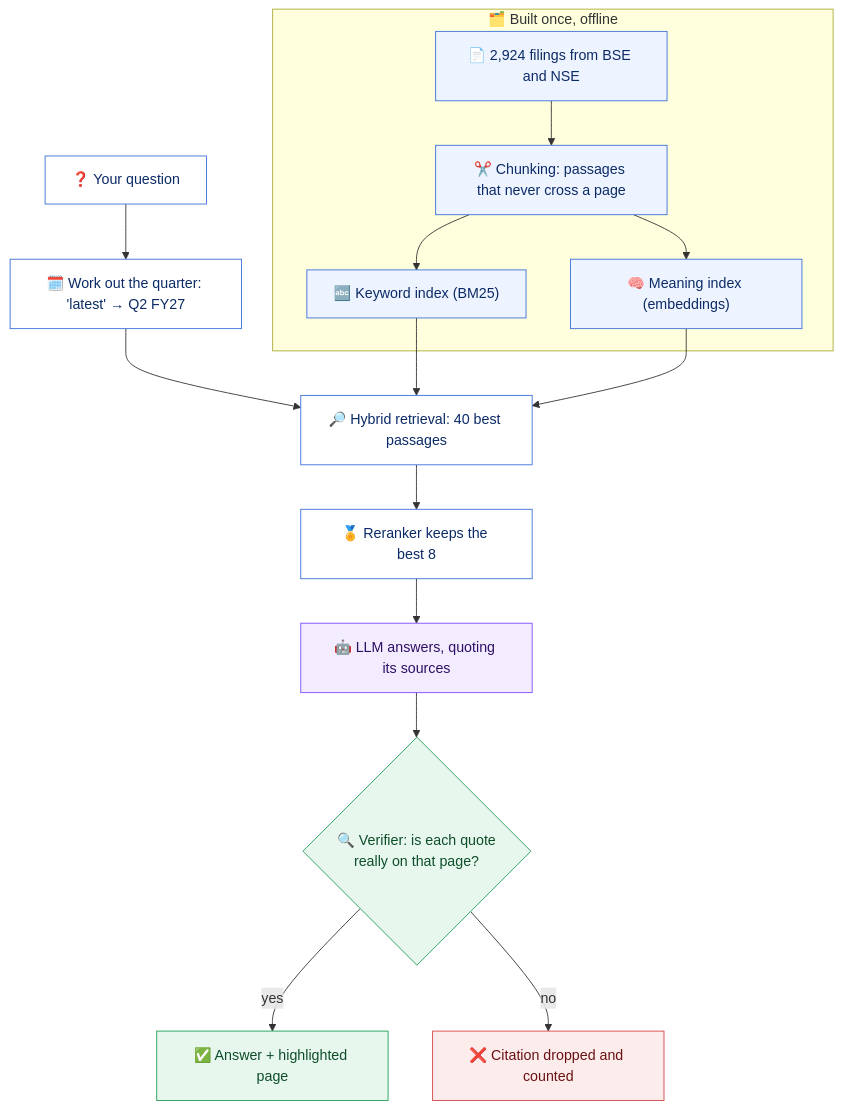
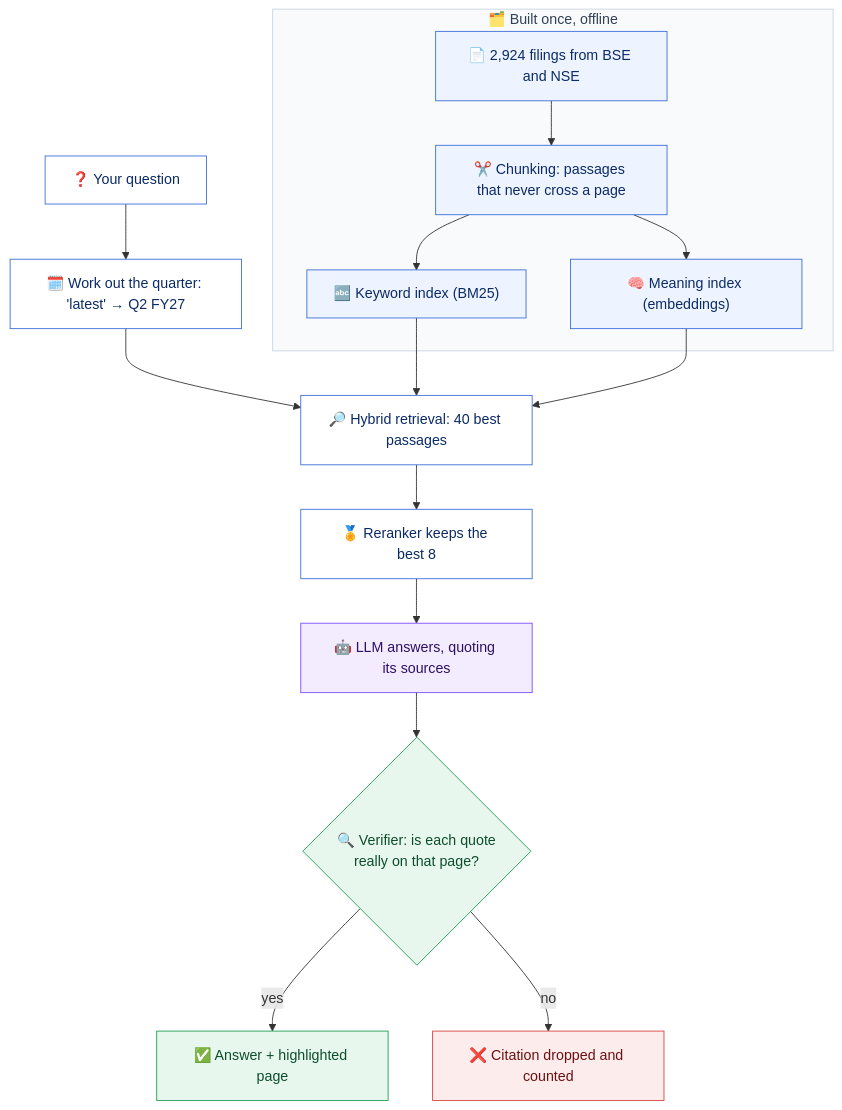
Before and after one commit to Palak8825/Filinglens: the diagram in README.md, drawn with Mermaid. The commit also changed other lines of this file and 2 other files, not shown here.

````diff
--- a/README.md
+++ b/README.md
@@ -59,28 +59,30 @@
 ```mermaid
 flowchart TD
   subgraph Offline["🗂️ Built once, offline"]
     A["📄 2,924 filings from BSE and NSE"] --> B["✂️ Chunking: passages that never cross a page"]
     B --> C["🔤 Keyword index (BM25)"]
     B --> D["🧠 Meaning index (embeddings)"]
   end
   Q["❓ Your question"] --> P["🗓️ Work out the quarter: 'latest' → Q2 FY27"]
   P --> R["🔎 Hybrid retrieval: 40 best passages"]
   C --> R
   D --> R
   R --> K["🏅 Reranker keeps the best 8"]
   K --> L["🤖 LLM answers, quoting its sources"]
   L --> V{"🔍 Verifier: is each quote<br/>really on that page?"}
   V -- yes --> OK["✅ Answer + highlighted page"]
   V -- no --> X["❌ Citation dropped and counted"]
 
+  style Offline fill:#f8fafc,stroke:#cbd5e1,color:#334155
+
   classDef data fill:#eef4ff,stroke:#3b6fd8,color:#0b2a66
   classDef step fill:#ffffff,stroke:#3b6fd8,color:#0b2a66
   classDef ai fill:#f3ecff,stroke:#7c4dff,color:#2d1065
   classDef good fill:#e8f7ee,stroke:#1f9d55,color:#0d4d2a
   classDef bad fill:#fdecec,stroke:#d64545,color:#6b1111
   class A,B,C,D data
   class Q,P,R,K step
   class L ai
   class V,OK good
   class X bad
 ```
````
